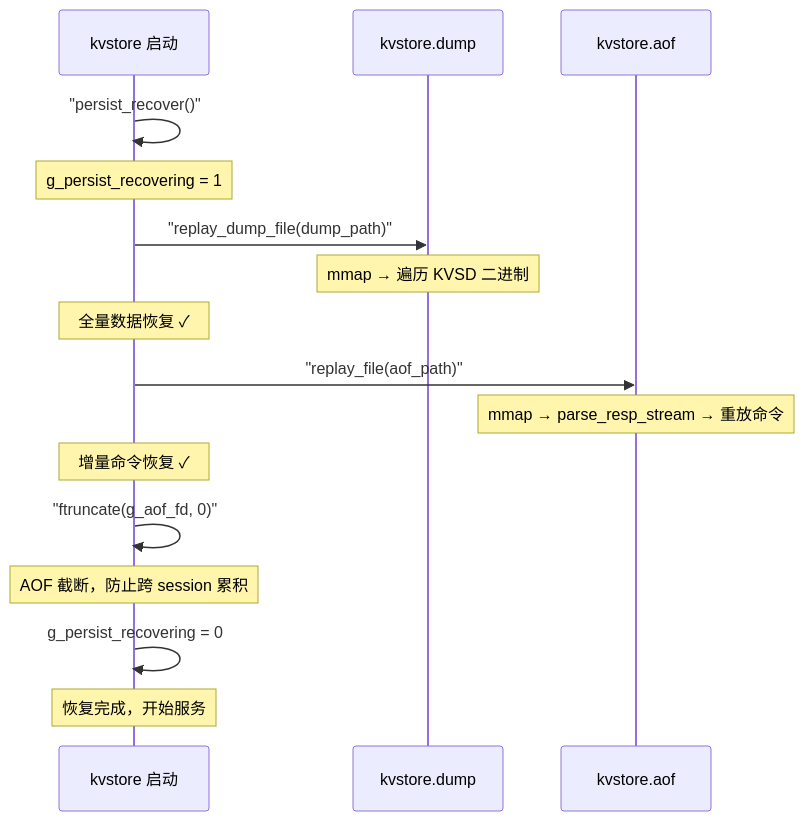
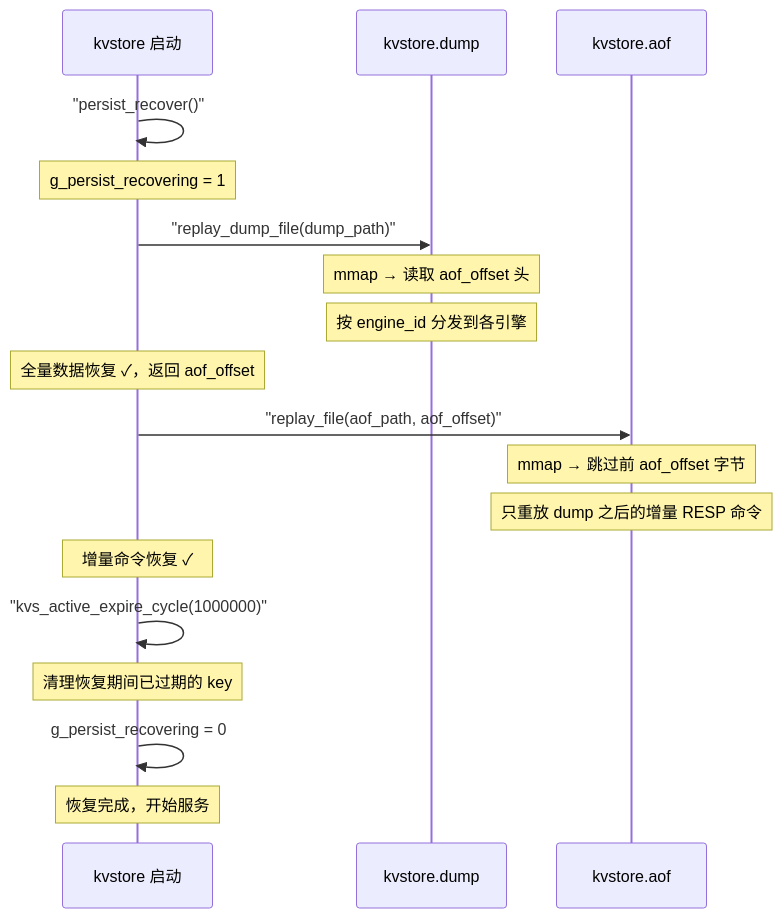
The sixth of 14 diagrams in README.md (robotlover-1/kvstore), drawn with Mermaid before and after one commit. The commit also changed other lines of this file, not shown here.

First line of the commit message:
docs: 更新持久化章节—dump格式/engine_id/AOF偏移跳过/TTL清理

````diff
--- a/README.md
+++ b/README.md
@@ -1347,23 +1352,25 @@
 ```mermaid
 sequenceDiagram
     participant K as kvstore 启动
     participant D as kvstore.dump
     participant A as kvstore.aof
 
     K->>K: "persist_recover()"
     Note over K: g_persist_recovering = 1
 
     K->>D: "replay_dump_file(dump_path)"
-    Note over D: mmap → 遍历 KVSD 二进制
-    Note over K: 全量数据恢复 ✓
+    Note over D: mmap → 读取 aof_offset 头
+    Note over D: 按 engine_id 分发到各引擎
+    Note over K: 全量数据恢复 ✓，返回 aof_offset
 
-    K->>A: "replay_file(aof_path)"
-    Note over A: mmap → parse_resp_stream → 重放命令
+    K->>A: "replay_file(aof_path, aof_offset)"
+    Note over A: mmap → 跳过前 aof_offset 字节
+    Note over A: 只重放 dump 之后的增量 RESP 命令
     Note over K: 增量命令恢复 ✓
 
-    K->>K: "ftruncate(g_aof_fd, 0)"
-    Note over K: AOF 截断，防止跨 session 累积
+    K->>K: "kvs_active_expire_cycle(1000000)"
+    Note over K: 清理恢复期间已过期的 key
 
     K->>K: g_persist_recovering = 0
     Note over K: 恢复完成，开始服务
 ```
````
